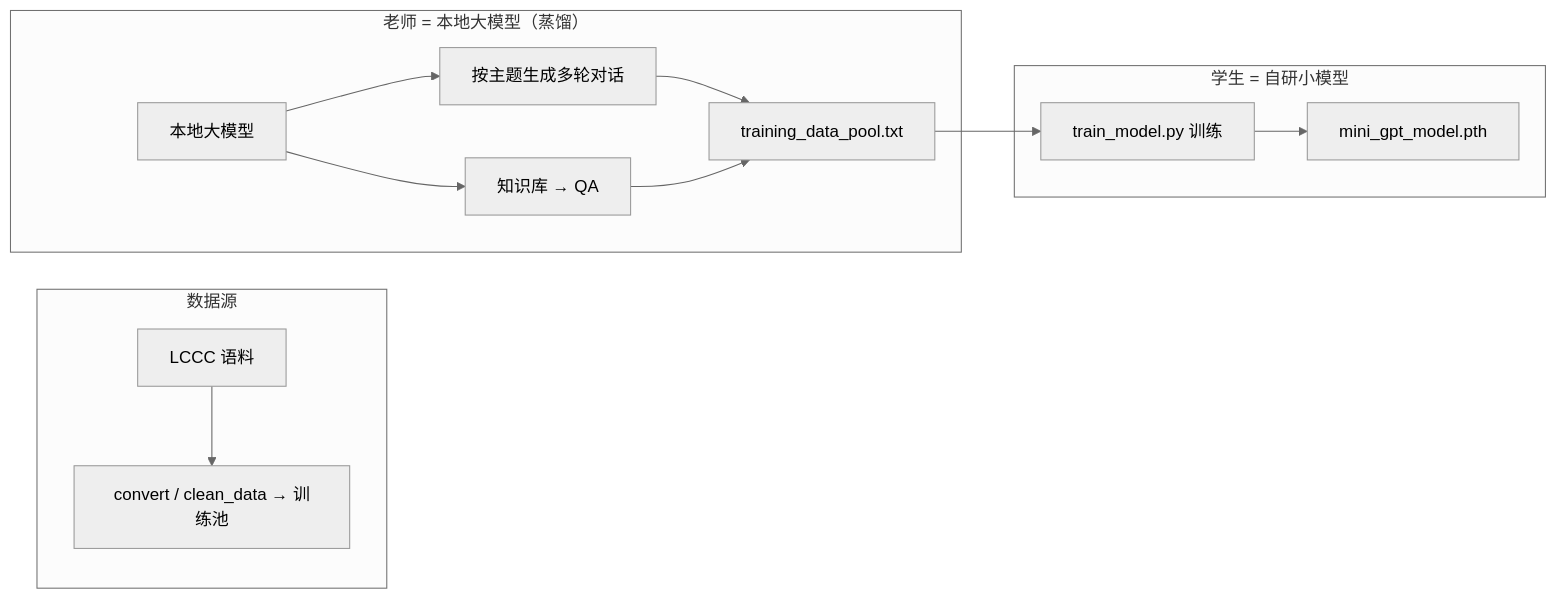
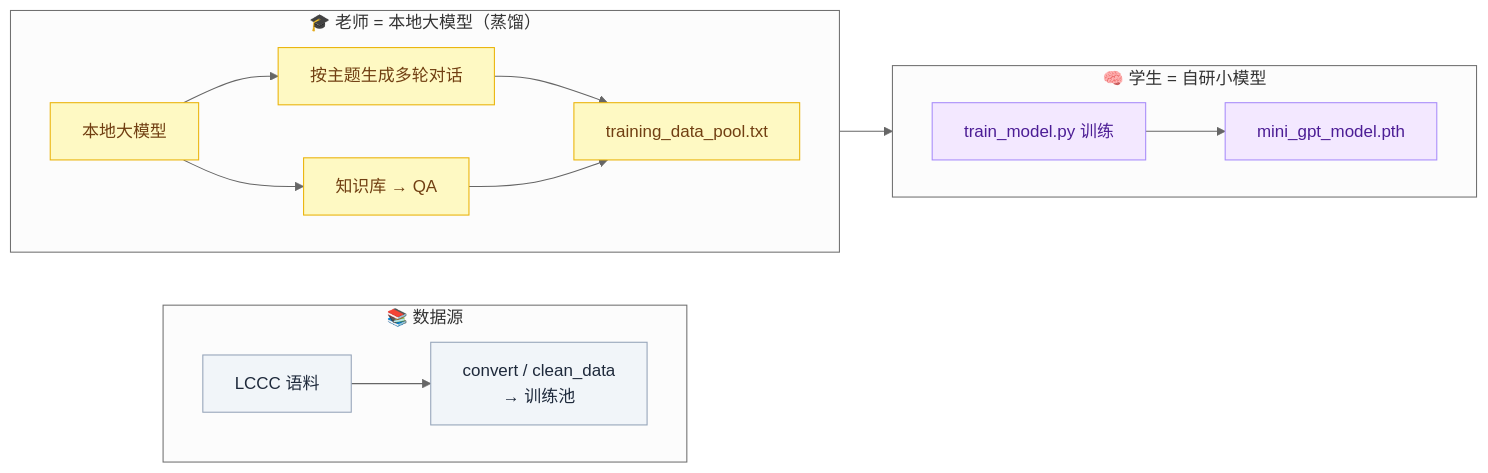
One commit to jiangchuangege/xiaojiao-harness changed the third of 7 diagrams in README.md. Above: the diagram before and after it, drawn with Mermaid (neutral theme). The commit also changed other lines of this file and 1 other file, not shown here.

First line of the commit message:
docs: redesign all mermaid diagrams (layered, color-coded, cleaner)

````diff
--- a/README.md
+++ b/README.md
@@ -316,16 +344,28 @@
 ```mermaid
 flowchart LR
-    subgraph src["数据源"]
-        A["LCCC 语料"] --> B["convert / clean_data → 训练池"]
+    subgraph src["📚 数据源"]
+        direction LR
+        A["LCCC 语料"] --> B["convert / clean_data<br/>→ 训练池"]
     end
-    subgraph teach["老师 = 本地大模型（蒸馏）"]
+
+    subgraph teach["🎓 老师 = 本地大模型（蒸馏）"]
+        direction LR
         C["本地大模型"] --> D["按主题生成多轮对话"]
         C --> E["知识库 → QA"]
         D --> F["training_data_pool.txt"]
         E --> F
     end
-    subgraph stu["学生 = 自研小模型"]
+
+    subgraph stu["🧠 学生 = 自研小模型"]
+        direction LR
         F --> G["train_model.py 训练"]
         G --> H["mini_gpt_model.pth"]
     end
+
+    classDef src fill:#f1f5f9,stroke:#94a3b8,color:#1e293b;
+    classDef teach fill:#fef9c3,stroke:#eab308,color:#713f12;
+    classDef stu fill:#f3e8ff,stroke:#a78bfa,color:#4c1d95;
+    class A,B src;
+    class C,D,E,F teach;
+    class G,H stu;
 ```
````
